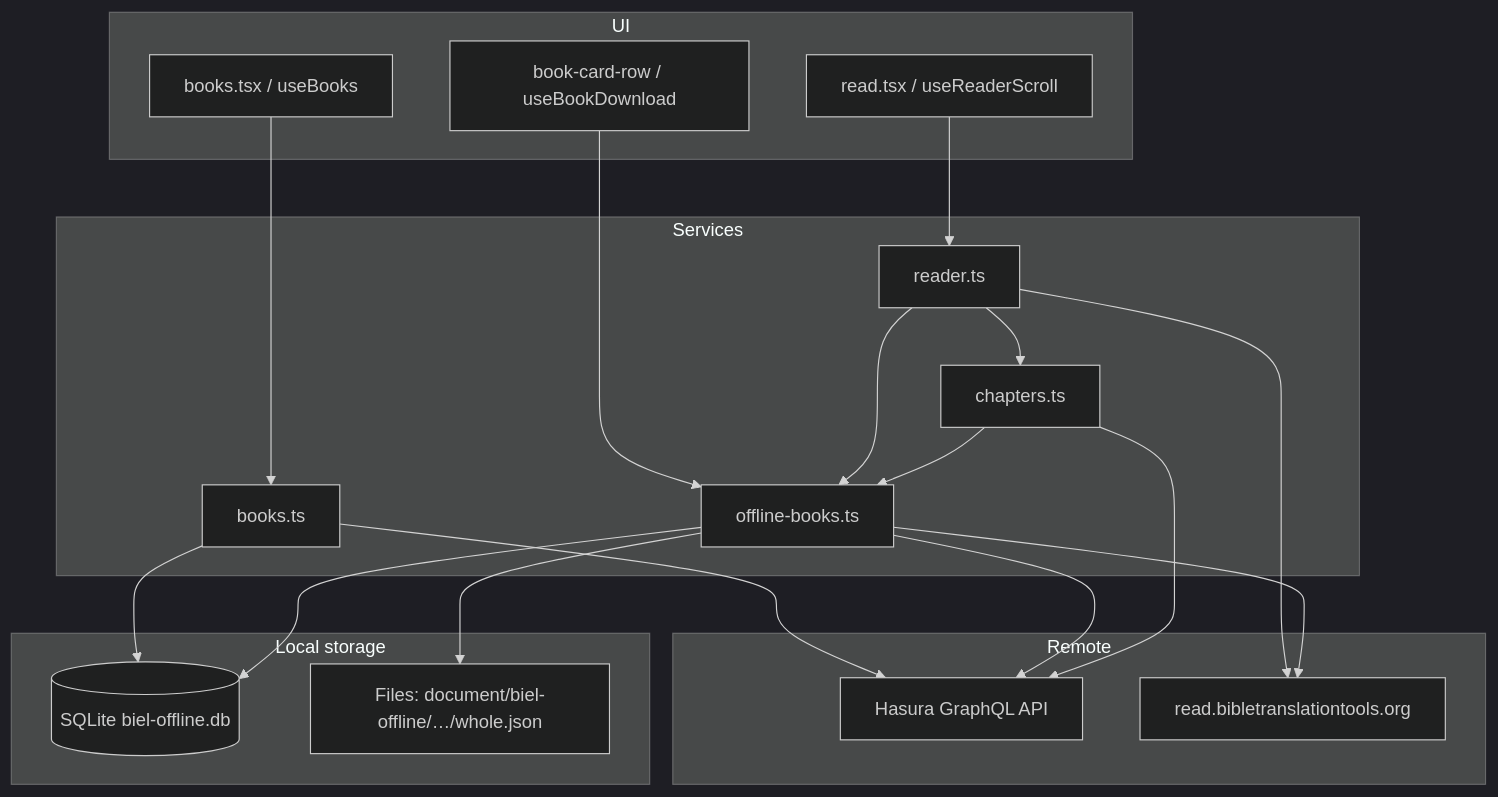
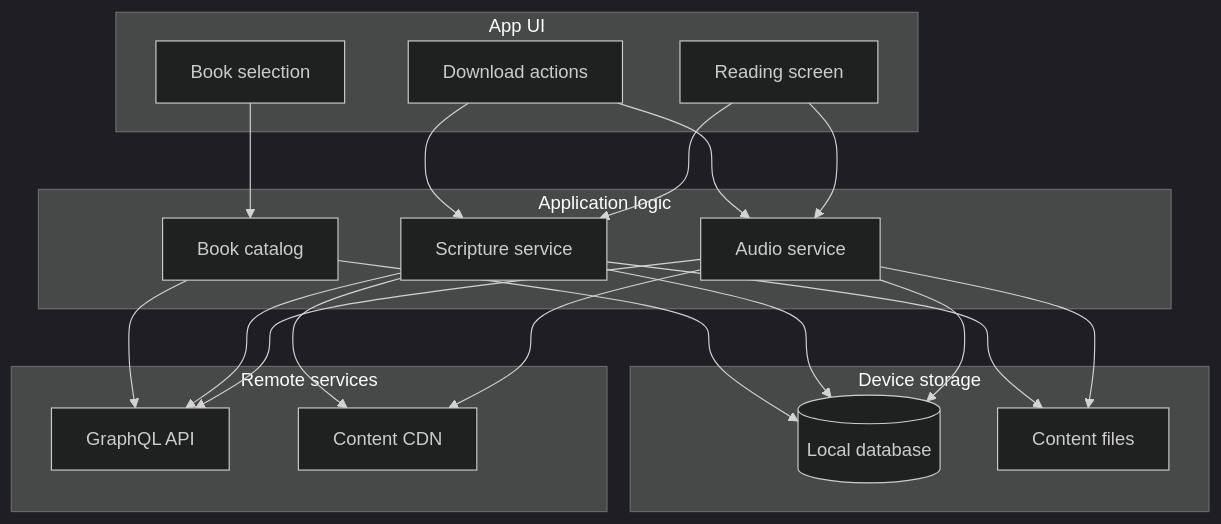
Before and after one commit to Bible-Translation-Tools/BIEL-mobile-app: the first of 3 diagrams in docs/offline-mode.md, drawn with Mermaid (dark theme). The commit also changed other lines of this file and 1 other file, not shown here.

````diff
--- a/docs/offline-mode.md
+++ b/docs/offline-mode.md
@@ -16,41 +14,41 @@
 ```mermaid
 flowchart TB
-  subgraph ui [UI]
-    BooksScreen[books.tsx / useBooks]
-    BookCard[book-card-row / useBookDownload]
-    Reader[read.tsx / useReaderScroll]
+  subgraph ui [App UI]
+    BookList[Book selection]
+    Downloads[Download actions]
+    Reader[Reading screen]
   end
 
-  subgraph services [Services]
-    BooksSvc[books.ts]
-    OfflineSvc[offline-books.ts]
-    ReaderSvc[reader.ts]
-    ChaptersSvc[chapters.ts]
+  subgraph app [Application logic]
+    Catalog[Book catalog]
+    Scripture[Scripture service]
+    Audio[Audio service]
   end
 
-  subgraph storage [Local storage]
-    SQLite[(SQLite biel-offline.db)]
-    FS["Files: document/biel-offline/…/whole.json"]
+  subgraph local [Device storage]
+    DB[(Local database)]
+    FS[Content files]
   end
 
-  subgraph remote [Remote]
-    GQL[Hasura GraphQL API]
-    CDN[read.bibletranslationtools.org]
+  subgraph remote [Remote services]
+    API[GraphQL API]
+    CDN[Content CDN]
   end
 
-  BooksScreen --> BooksSvc
-  BookCard --> OfflineSvc
-  Reader --> ReaderSvc
-  ReaderSvc --> ChaptersSvc
+  BookList --> Catalog
+  Downloads --> Scripture
+  Downloads --> Audio
+  Reader --> Scripture
+  Reader --> Audio
 
-  BooksSvc --> GQL
-  BooksSvc --> SQLite
-  OfflineSvc --> GQL
-  OfflineSvc --> FS
-  OfflineSvc --> SQLite
-  ReaderSvc --> OfflineSvc
-  ReaderSvc --> CDN
-  ChaptersSvc --> OfflineSvc
-  ChaptersSvc --> GQL
-  OfflineSvc --> CDN
+  Catalog --> DB
+  Catalog --> API
+  Scripture --> DB
+  Scripture --> FS
+  Scripture --> API
+  Scripture --> CDN
+  Audio --> DB
+  Audio --> FS
+  Audio --> API
+  Audio --> CDN
 ```
````
